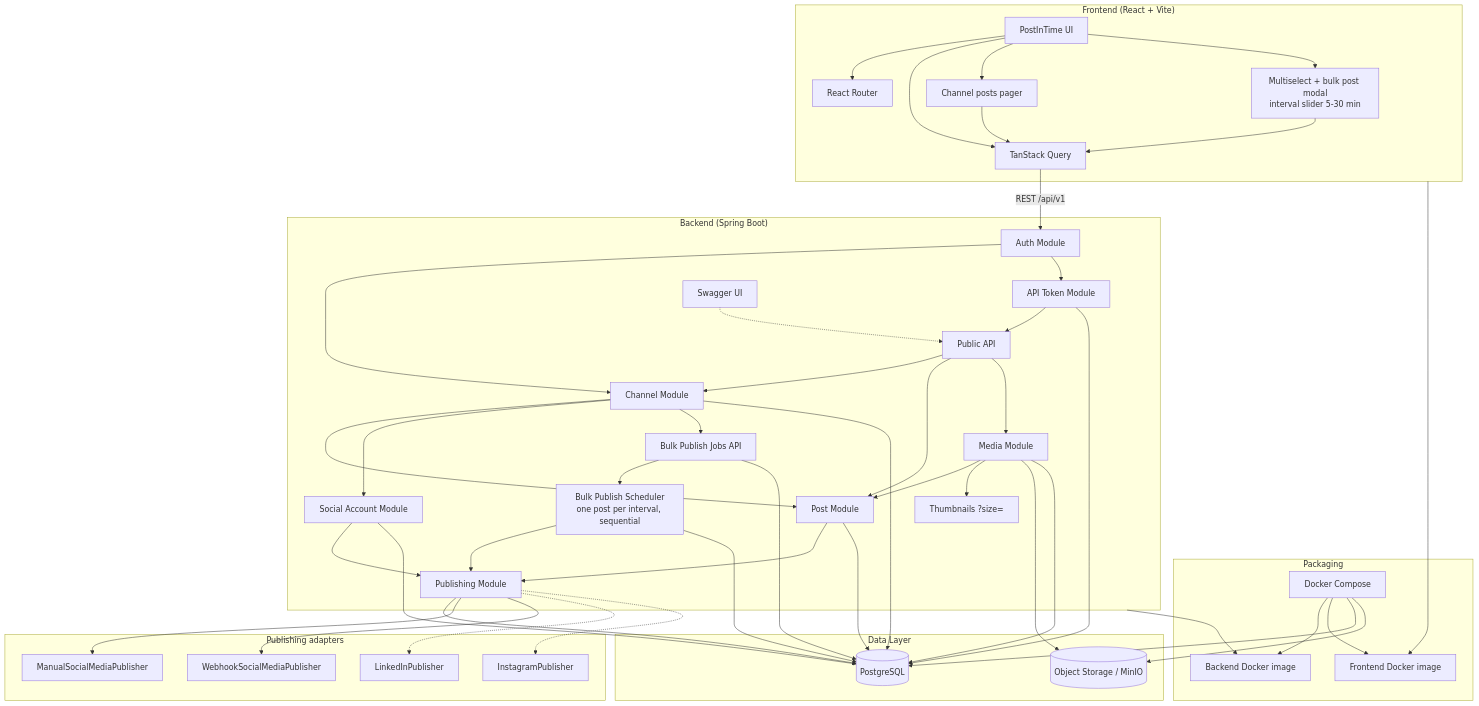
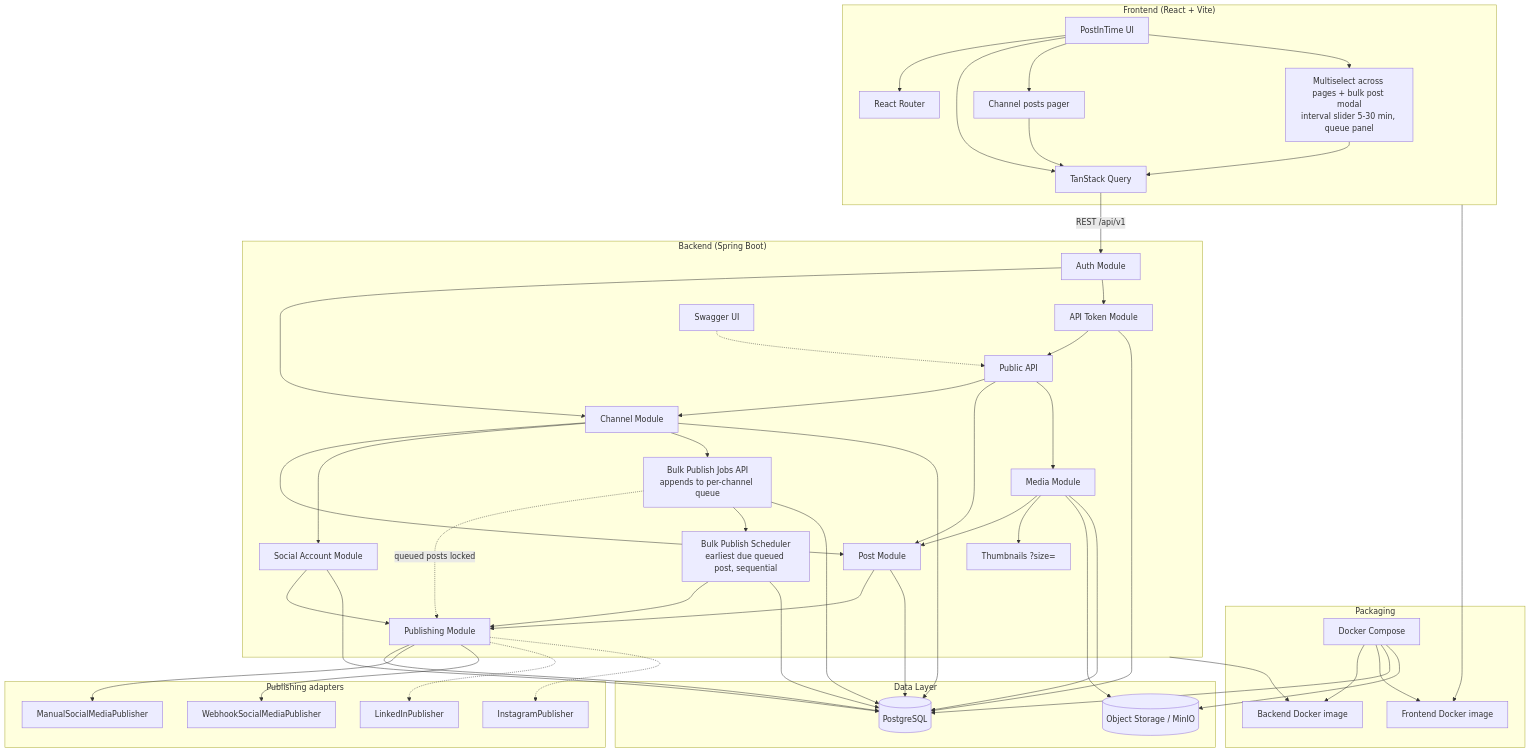
The diagram in product-architecture-flowchart.mmd (anushibinj/postintime), drawn with Mermaid before and after one commit. The commit also changed 2 other files, not shown here.

Commit message:
Document the per-channel bulk posting queue
Claude-Session: https://claude.ai/code/session_018yCu9tm1mdrifTgEnBAs6a

```diff
--- a/product-architecture-flowchart.mmd
+++ b/product-architecture-flowchart.mmd
@@ -1,84 +1,85 @@
 flowchart TB
     subgraph Client["Frontend (React + Vite)"]
         UI[PostInTime UI]
         Router[React Router]
         Query[TanStack Query]
         PostsPager[Channel posts pager]
-        BulkUI[Multiselect + bulk post modal<br/>interval slider 5-30 min]
+        BulkUI[Multiselect across pages + bulk post modal<br/>interval slider 5-30 min, queue panel]
         UI --> Router
         UI --> Query
         UI --> PostsPager
         UI --> BulkUI
         PostsPager --> Query
         BulkUI --> Query
     end
 
     subgraph API["Backend (Spring Boot)"]
         Auth[Auth Module]
         ApiTokens[API Token Module]
         Channels[Channel Module]
         Posts[Post Module]
         Media[Media Module]
         MediaThumbs[Thumbnails ?size=]
         Social[Social Account Module]
         Publishing[Publishing Module]
-        BulkPublish[Bulk Publish Jobs API]
-        BulkScheduler[Bulk Publish Scheduler<br/>one post per interval, sequential]
+        BulkPublish[Bulk Publish Jobs API<br/>appends to per-channel queue]
+        BulkScheduler[Bulk Publish Scheduler<br/>earliest due queued post, sequential]
         Public[Public API]
         Swagger[Swagger UI]
         Auth --> Channels
         Auth --> ApiTokens
         ApiTokens --> Public
         Public --> Channels
         Public --> Posts
         Public --> Media
         Swagger -.-> Public
         Channels --> Posts
         Channels --> Social
         Posts --> Publishing
         Social --> Publishing
+        BulkPublish -.->|queued posts locked| Publishing
         Channels --> BulkPublish
         BulkPublish --> BulkScheduler
         BulkScheduler --> Publishing
         Media --> Posts
         Media --> MediaThumbs
     end
 
     subgraph Data["Data Layer"]
         PG[(PostgreSQL)]
         Storage[(Object Storage / MinIO)]
     end
 
     Query -->|REST /api/v1| Auth
     ApiTokens --> PG
     Channels --> PG
     Posts --> PG
     Social --> PG
     Publishing --> PG
     BulkPublish --> PG
     BulkScheduler --> PG
     Media --> Storage
     Media --> PG
 
     subgraph Packaging["Packaging"]
         Compose[Docker Compose]
         BeImage[Backend Docker image]
         FeImage[Frontend Docker image]
         Compose --> BeImage
         Compose --> FeImage
         Compose --> PG
         Compose --> Storage
     end
     API --> BeImage
     Client --> FeImage
 
     subgraph Future["Publishing adapters"]
         Manual[ManualSocialMediaPublisher]
         Webhook[WebhookSocialMediaPublisher]
         LinkedIn[LinkedInPublisher]
         Instagram[InstagramPublisher]
         Publishing --> Manual
         Publishing --> Webhook
         Publishing -.-> LinkedIn
         Publishing -.-> Instagram
     end
```
